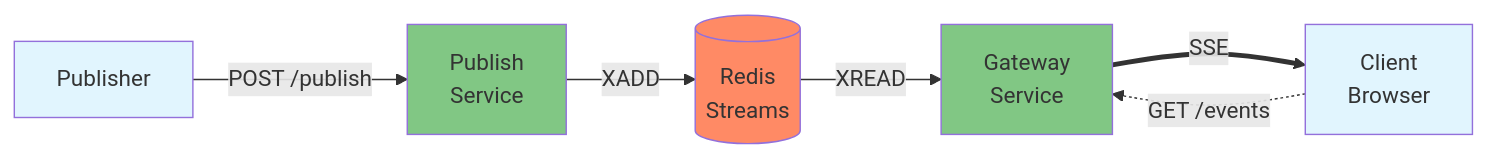
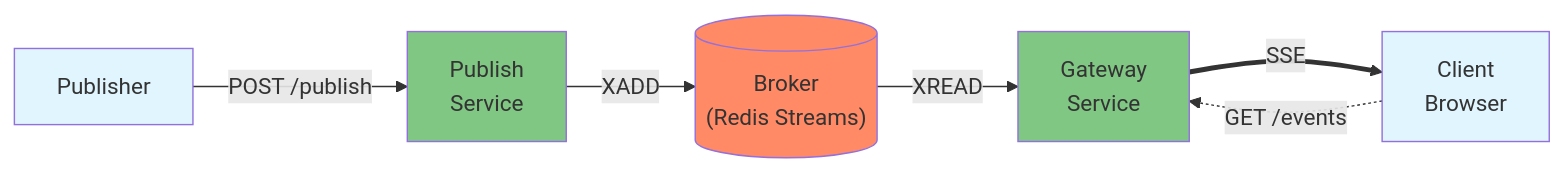
One commit to getsentry/conduit changed the diagram in README.md. Above: the diagram before and after it, drawn with Mermaid.

Commit message:
Update README.md to include "Broker" keyword (#24)
Mermaid diagram should explicitly include "Broker" as it is mentioned in the overview

````diff
--- a/README.md
+++ b/README.md
@@ -15,14 +15,14 @@
 ```mermaid
 graph LR
     P[Publisher] --> |POST /publish| PS[Publish<br/>Service]
-    PS --> |XADD| R[(Redis<br/>Streams)]
+    PS --> |XADD| R[("Broker<br/>(Redis Streams)")]
     R --> |XREAD| GW[Gateway<br/>Service]
     C[Client<br/>Browser] -.-> |GET /events| GW
     GW ==> |SSE| C[Client<br/>Browser]
 
 style P fill:#e1f5fe
 style PS fill:#81c784
 style R fill:#ff8a65
 style GW fill:#81c784
 style C fill:#e1f5fe
 ```
````
